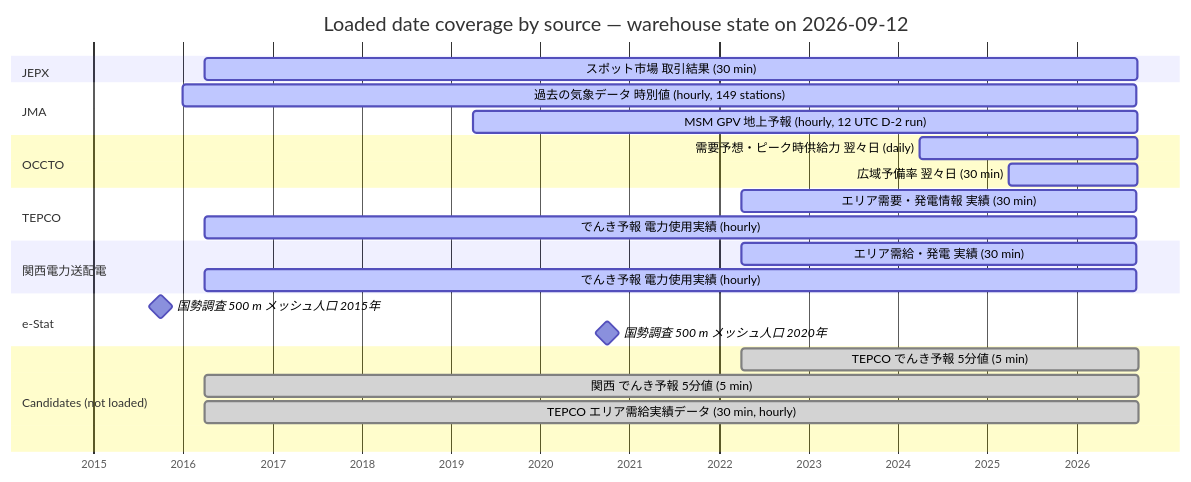
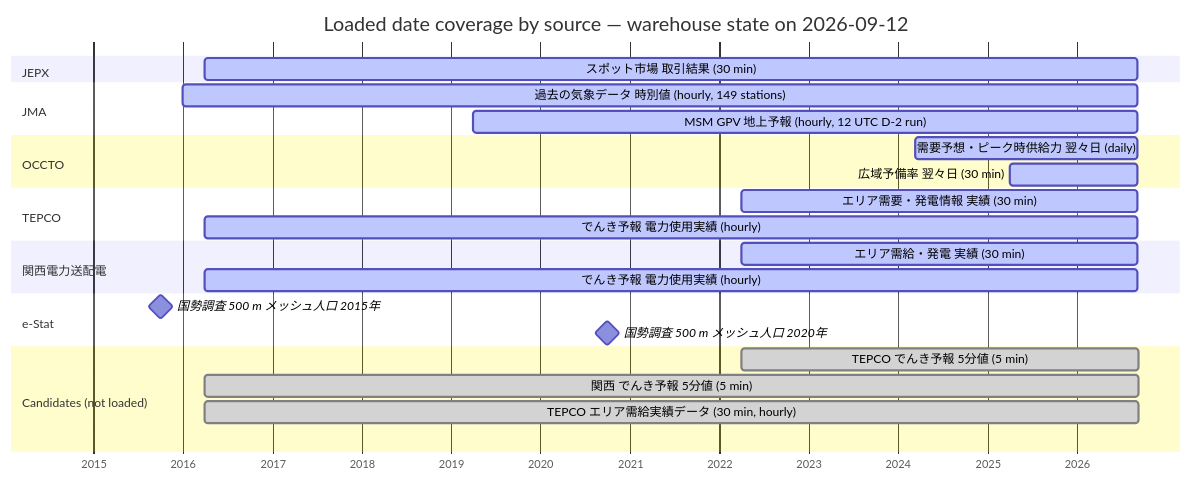
One commit to hankehly/power-market-analytics changed the first of 3 diagrams in docs/README.md. Above: the diagram before and after it, drawn with Mermaid. The commit also changed other lines of this file, not shown here.

First line of the commit message:
docs: the coverage chart measures one layer, and says which

````diff
--- a/docs/README.md
+++ b/docs/README.md
@@ -21,43 +21,43 @@
 ```mermaid
 gantt
     title Loaded date coverage by source — warehouse state on 2026-09-12
     dateFormat YYYY-MM-DD
     axisFormat %Y
     tickInterval 1year
     todayMarker off
 
     section JEPX
     スポット市場 取引結果 (30 min)                 :active, jepx, 2016-04-01, 2026-09-07
 
     section JMA
     過去の気象データ 時別値 (hourly, 149 stations) :active, jma, 2016-01-01, 2026-09-05
     MSM GPV 地上予報 (hourly, 12 UTC D-2 run)      :active, msm, 2019-04-01, 2026-09-07
 
     section OCCTO
-    需要予想・ピーク時供給力 翌々日 (daily)        :active, occtod, 2024-04-01, 2026-09-07
+    需要予想・ピーク時供給力 翌々日 (daily)        :active, occtod, 2024-03-13, 2026-09-07
     広域予備率 翌々日 (30 min)                     :active, occtor, 2025-04-01, 2026-09-07
 
     section TEPCO
     エリア需要・発電情報 実績 (30 min)             :active, tepcoa, 2022-04-01, 2026-09-05
     でんき予報 電力使用実績 (hourly)               :active, tepcou, 2016-04-01, 2026-09-05
 
     section 関西電力送配電
     エリア需給・発電 実績 (30 min)                 :active, kansaia, 2022-04-01, 2026-09-05
     でんき予報 電力使用実績 (hourly)               :active, kansaiu, 2016-04-01, 2026-09-05
 
     section e-Stat
     国勢調査 500 m メッシュ人口 2015年             :milestone, estat15, 2015-10-01, 0d
     国勢調査 500 m メッシュ人口 2020年             :milestone, estat20, 2020-10-01, 0d
 
     section Candidates (not loaded)
-    TEPCO でんき予報 5分値 (5 min)                 :done, cand1, 2022-04-01, 2026-09-12
-    関西 でんき予報 5分値 (5 min)                  :done, cand2, 2016-04-01, 2026-09-12
-    TEPCO エリア需給実績データ (30 min, hourly)    :done, cand3, 2016-04-01, 2026-09-12
+    TEPCO でんき予報 5分値 (5 min)                 :done, cand1, 2022-04-01, 2026-09-11
+    関西 でんき予報 5分値 (5 min)                  :done, cand2, 2016-04-01, 2026-09-11
+    TEPCO エリア需給実績データ (30 min, hourly)    :done, cand3, 2016-04-01, 2026-09-11
 
     %% Invisible anchor. Mermaid derives the axis from the earliest task date, and
     %% has no axis-minimum setting, so without a task at 2015-01-01 the axis starts
     %% at the 2015 census milestone and draws its diamond half outside the plot.
     %% The name is a zero-width space (U+200B): an empty or blank name will not parse,
     %% and the bar itself is 0 px wide.
     ​ :done, axis_anchor_2015, 2015-01-01, 0d
 ```
````
